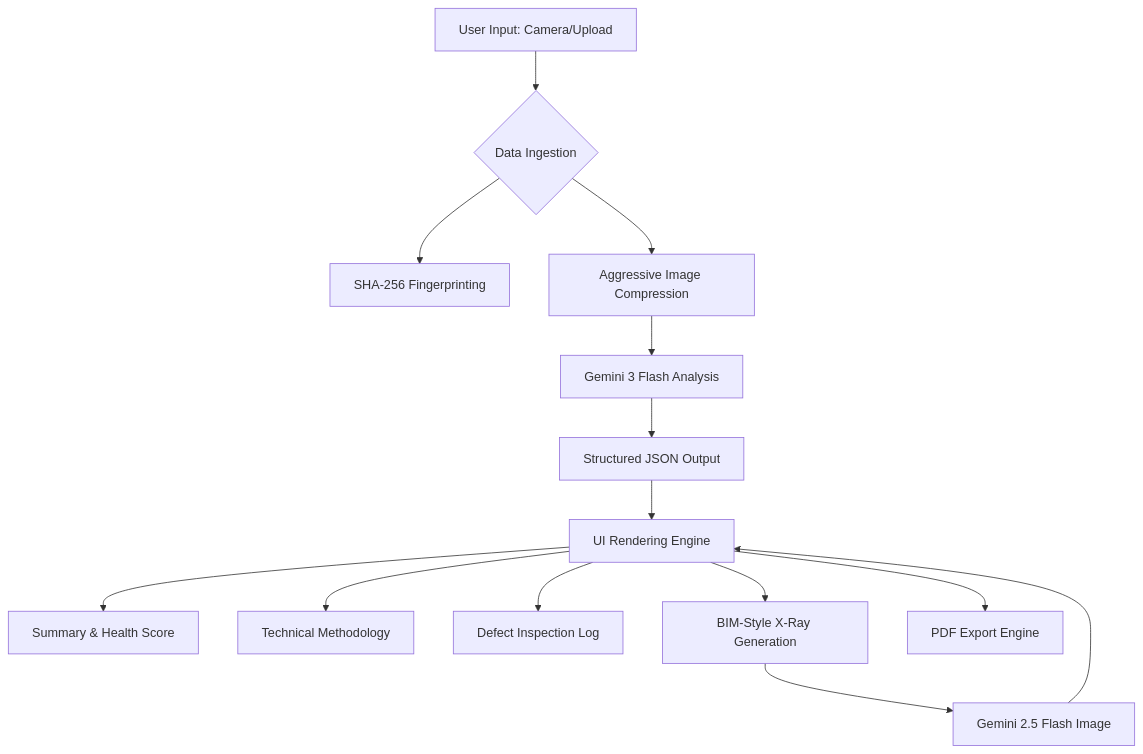
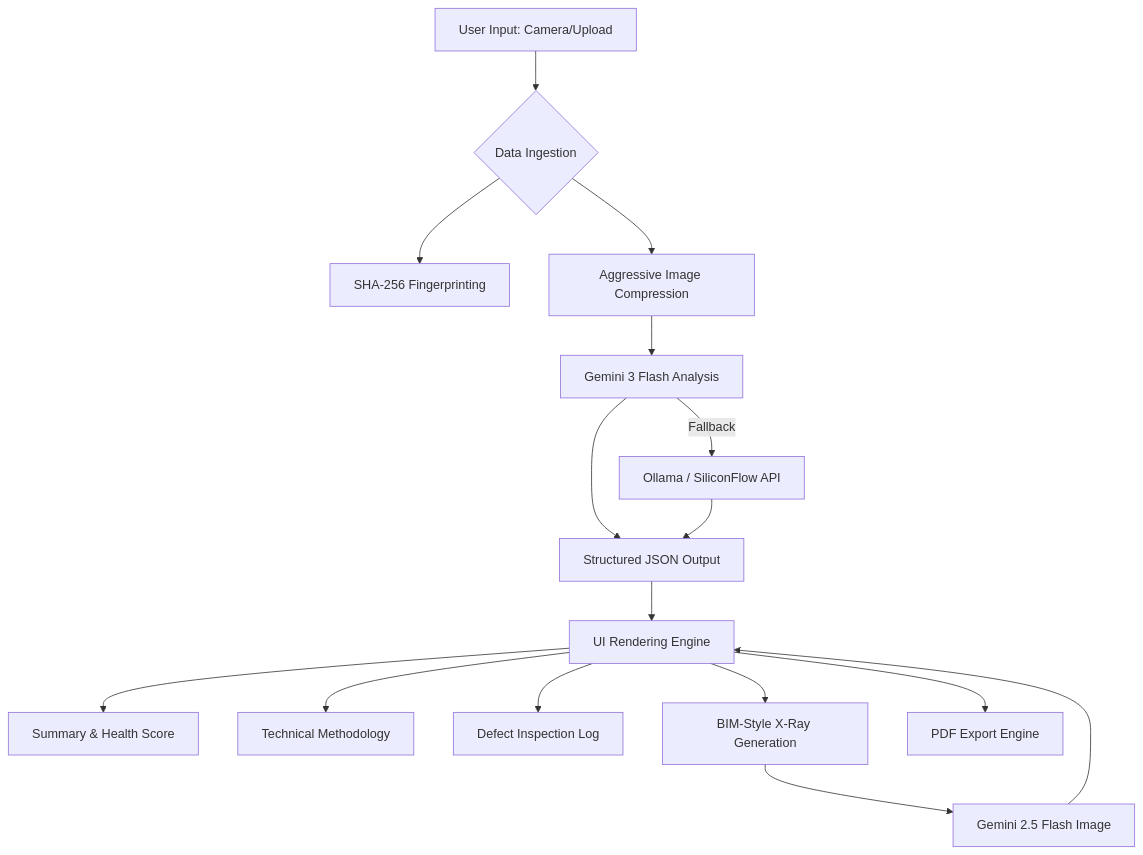
Before and after one commit to rahulcvwebsitehosting/CivilVisAi: the diagram in README.md, drawn with Mermaid. The commit also changed other lines of this file, not shown here.

Commit message:
Update README with new tech stack, UI features, and API config

````diff
--- a/README.md
+++ b/README.md
@@ -30,16 +31,18 @@
 ```mermaid
 graph TD
     A[User Input: Camera/Upload] --> B{Data Ingestion}
     B --> C[SHA-256 Fingerprinting]
     B --> D[Aggressive Image Compression]
     D --> E[Gemini 3 Flash Analysis]
     E --> F[Structured JSON Output]
     F --> G[UI Rendering Engine]
     G --> H[Summary & Health Score]
     G --> I[Technical Methodology]
     G --> J[Defect Inspection Log]
     G --> K[BIM-Style X-Ray Generation]
     K --> L[Gemini 2.5 Flash Image]
     L --> G
     G --> M[PDF Export Engine]
+    E -- Fallback --> N[Ollama / SiliconFlow API]
+    N --> F
 ```
````
